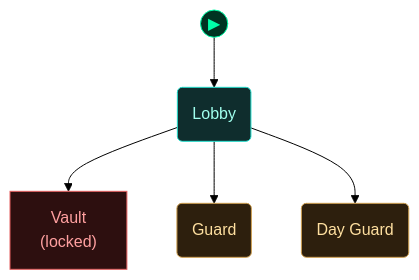
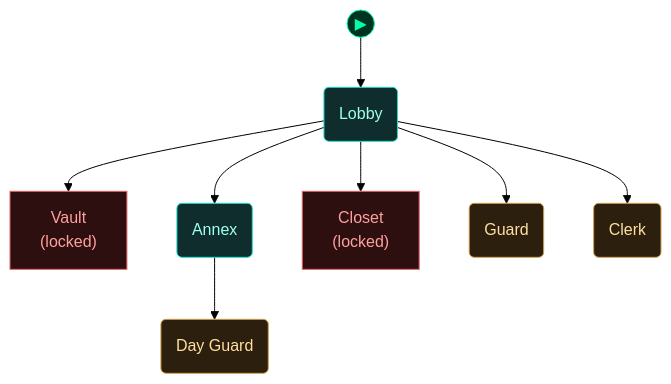
Before and after one commit to cliffe/BreakEscape: the fifth of 5 diagrams in scenarios/test_hidden_hostiles/dungeon_graph.md, drawn with Mermaid (forest theme). The commit also changed other lines of this file and 7 other files, not shown here.

````diff
--- a/scenarios/test_hidden_hostiles/dungeon_graph.md
+++ b/scenarios/test_hidden_hostiles/dungeon_graph.md
@@ -188,35 +204,41 @@
 ```mermaid
 flowchart TD
 
   classDef room      fill:#0f2d2d,stroke:#22ddcc,color:#a0ffee
   classDef lock      fill:#2d0f0f,stroke:#e66060,color:#ffa0a0
   classDef key       fill:#2d0812,stroke:#e66060,color:#ffa0a0
   classDef item      fill:#2d1200,stroke:#e89030,color:#ffcc80
   classDef gate      fill:#111,stroke:#666,color:#eee
   classDef vm        fill:#0c1f40,stroke:#4a90d9,color:#a0c8ff
   classDef flag      fill:#1a0c2d,stroke:#9060d0,color:#cc99ff
   classDef action    fill:#1a1200,stroke:#cc9922,color:#ffee88
   classDef aim       fill:#0d2a0d,stroke:#44cc44,color:#88ff88
   classDef aim_gate  fill:#111111,stroke:#44cc44,color:#44cc44
   classDef container fill:#1a2d1a,stroke:#60b060,color:#a0e0a0
   classDef npc       fill:#2d1f0d,stroke:#d0a050,color:#ffe0a0
   classDef critical  fill:#2a1500,stroke:#ffaa00,color:#ffdd88
   classDef start     fill:#003322,stroke:#00ffaa,color:#00ffaa
 
   node_start(("▶"))
   node_start --> lobby
 
   lobby("Lobby")
   vault["Vault<br/>(locked)"]
+  annex("Annex")
+  closet["Closet<br/>(locked)"]
   rc_npc_guard_1("Guard")
-  rc_npc_day_guard_2("Day Guard")
+  rc_npc_clerk_2("Clerk")
+  rc_npc_day_guard_3("Day Guard")
 
   lobby --> vault
+  lobby --> annex
+  lobby --> closet
   lobby --> rc_npc_guard_1
-  lobby --> rc_npc_day_guard_2
+  lobby --> rc_npc_clerk_2
+  annex --> rc_npc_day_guard_3
 
-  class lobby room
-  class vault lock
-  class rc_npc_guard_1,rc_npc_day_guard_2 npc
+  class lobby,annex room
+  class vault,closet lock
+  class rc_npc_guard_1,rc_npc_clerk_2,rc_npc_day_guard_3 npc
   class node_start start
 ```
````
